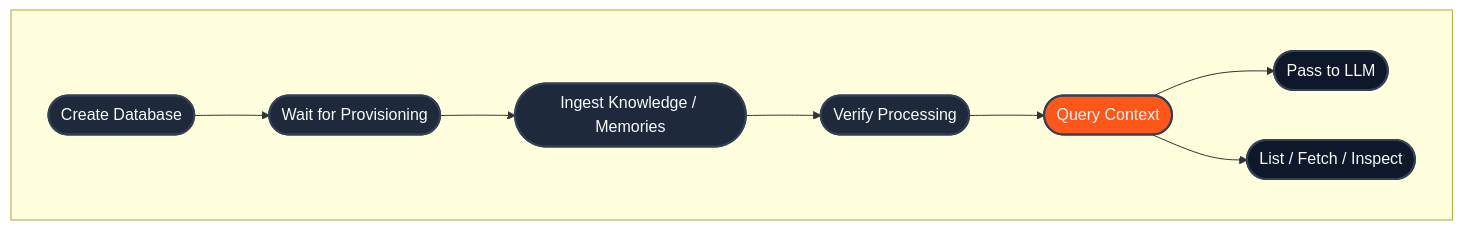
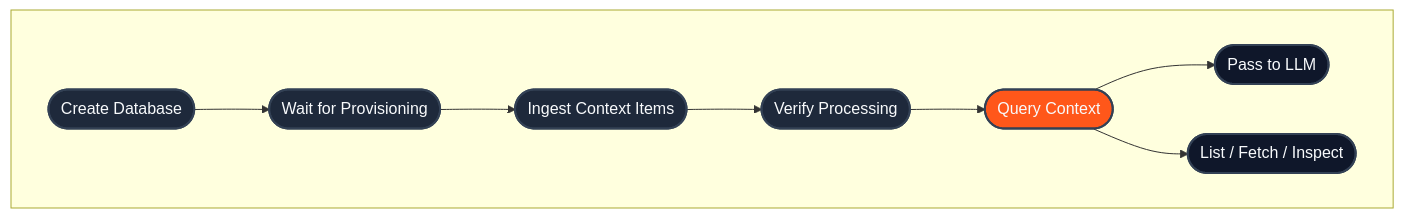
Before and after one commit to hydra-db/mintlify-docs: the diagram in api-reference/v2/index.mdx, drawn with Mermaid. The commit also changed other lines of this file and 19 other files, not shown here.

````diff
--- a/api-reference/v2/index.mdx
+++ b/api-reference/v2/index.mdx
@@ -37,21 +37,21 @@
 ```mermaid
 flowchart LR
 
     subgraph Database Lifecycle [" "]
       direction LR
       A([Create Database])-->B([Wait for Provisioning])
-      B-->C([Ingest Knowledge / Memories])
+      B-->C([Ingest Context Items])
       C-->D([Verify Processing])
       D-->E([Query Context])
       E-->F([Pass to LLM])
       E-->G([List / Fetch / Inspect])
     end
 
     style A fill:#1e293b,stroke:#334155,stroke-width:2px,color:#f8fafc
     style B fill:#1e293b,stroke:#334155,stroke-width:2px,color:#f8fafc
     style C fill:#1e293b,stroke:#334155,stroke-width:2px,color:#f8fafc
     style D fill:#1e293b,stroke:#334155,stroke-width:2px,color:#f8fafc
     style E fill:#FF571A,stroke:#334155,stroke-width:2px,color:#f8fafc
     style F fill:#0f172a,stroke:#334155,stroke-width:2px,color:#f8fafc
     style G fill:#0f172a,stroke:#334155,stroke-width:2px,color:#f8fafc
 ```
````
